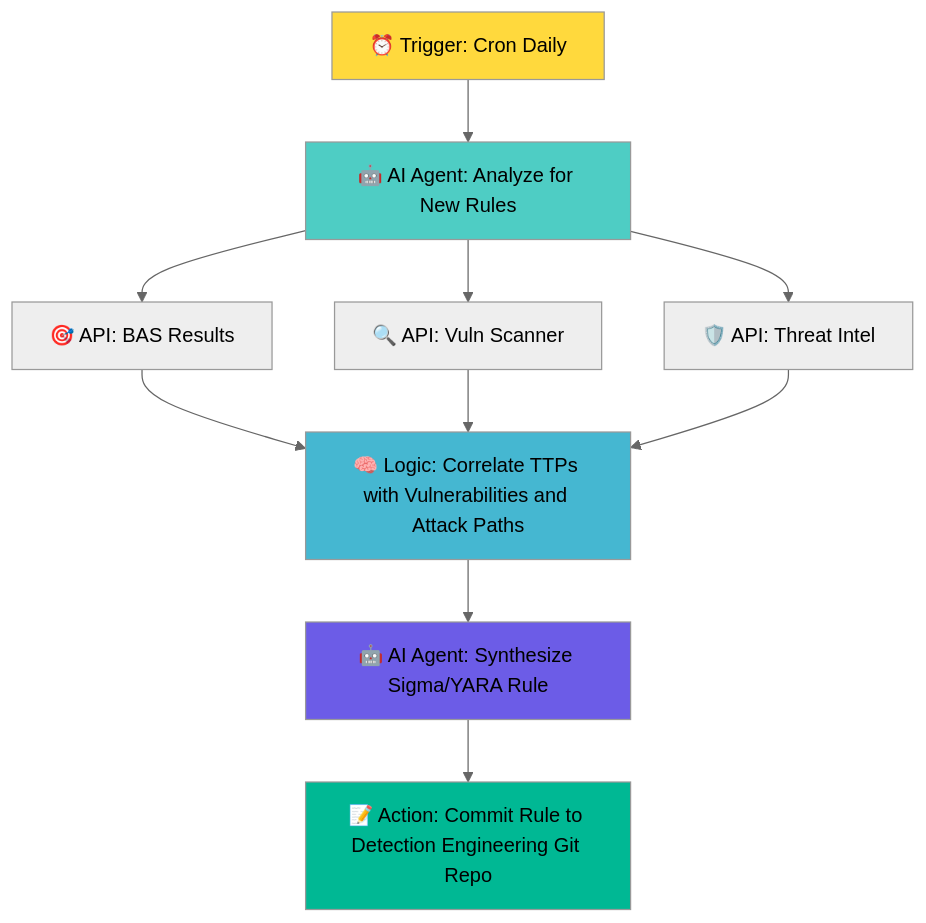
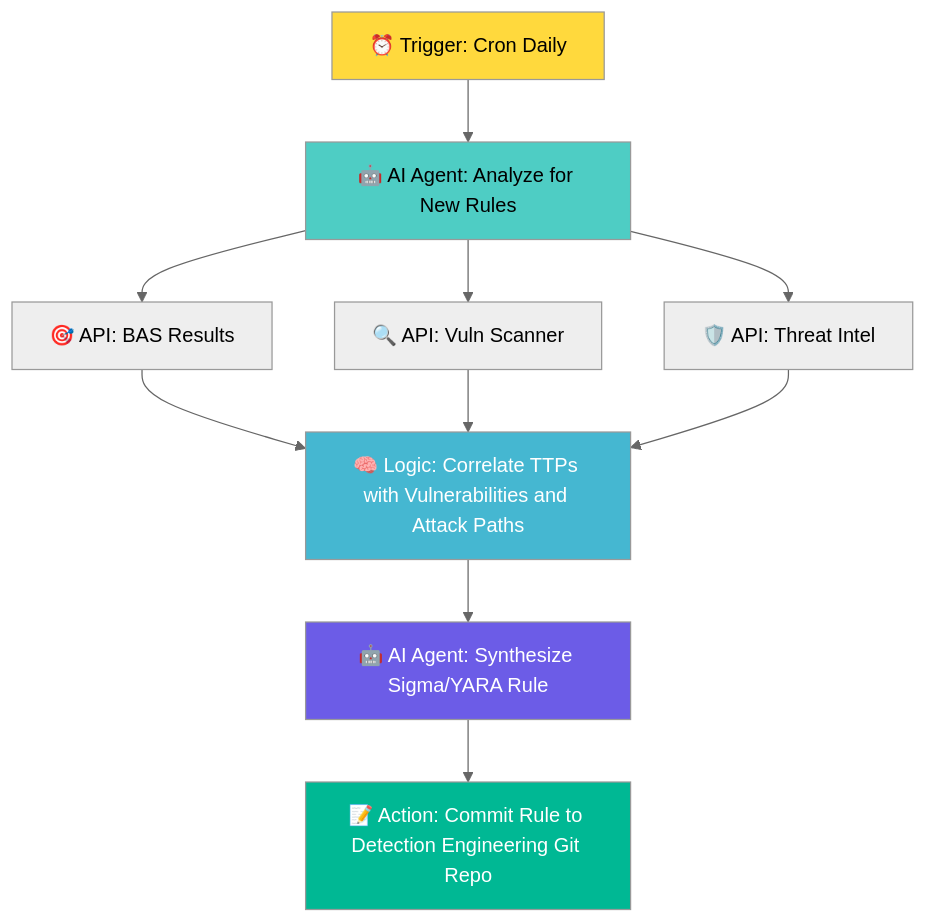
One commit to Ke0xes/AI4SecOps changed the second of 10 diagrams in usecases.md. Above: the diagram before and after it, drawn with Mermaid (neutral theme). The commit also changed other lines of this file, not shown here.

````diff
--- a/usecases.md
+++ b/usecases.md
@@ -84,18 +84,18 @@
 ```mermaid
 graph TD
     A[⏰ Trigger: Cron Daily] --> B[🤖 AI Agent: Analyze for New Rules]
     B --> C[🎯 API: BAS Results]
     B --> D[🔍 API: Vuln Scanner]
     B --> E[🛡️ API: Threat Intel]
     C --> F[🧠 Logic: Correlate TTPs with Vulnerabilities and Attack Paths]
     D --> F
     E --> F
     F --> G[🤖 AI Agent: Synthesize Sigma/YARA Rule]
     G --> H[📝 Action: Commit Rule to Detection Engineering Git Repo]
     
-    style A fill:#ffd93d
-    style B fill:#4ecdc4
-    style F fill:#45b7d1
-    style G fill:#6c5ce7
-    style H fill:#00b894
+    style A fill:#ffd93d,color:#000
+    style B fill:#4ecdc4,color:#000
+    style F fill:#45b7d1,color:#fff
+    style G fill:#6c5ce7,color:#fff
+    style H fill:#00b894,color:#fff
 ```
````
